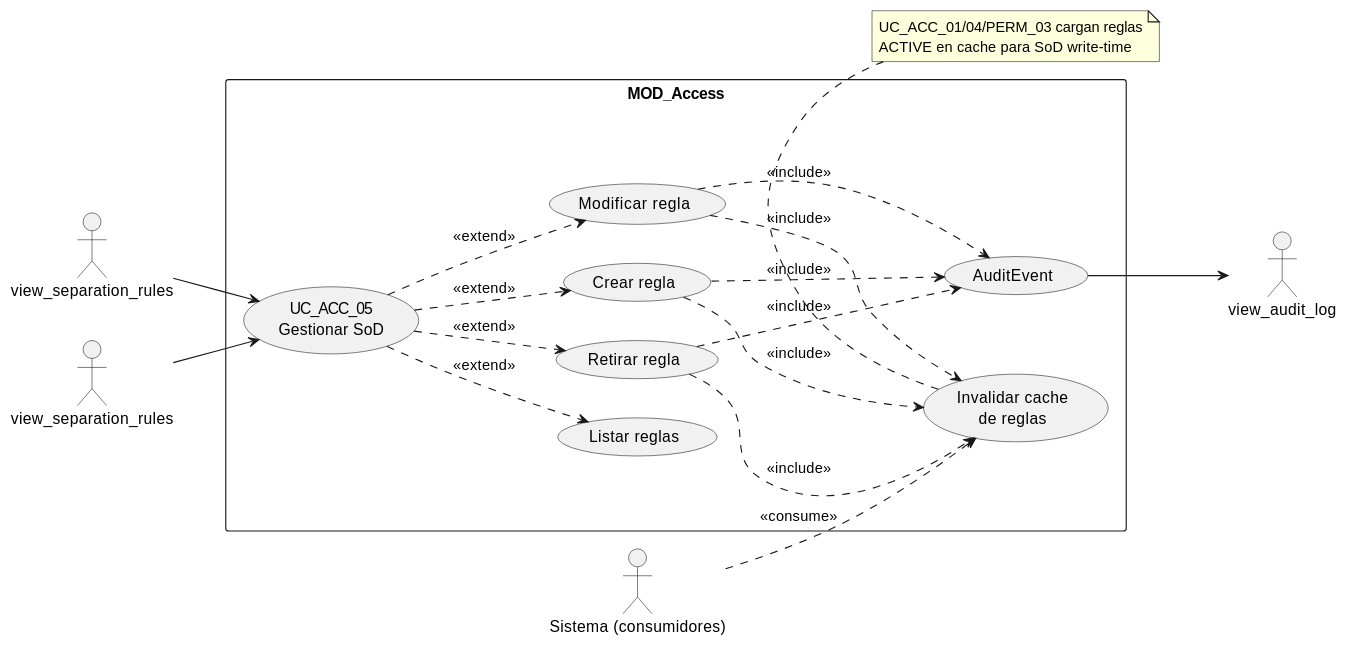
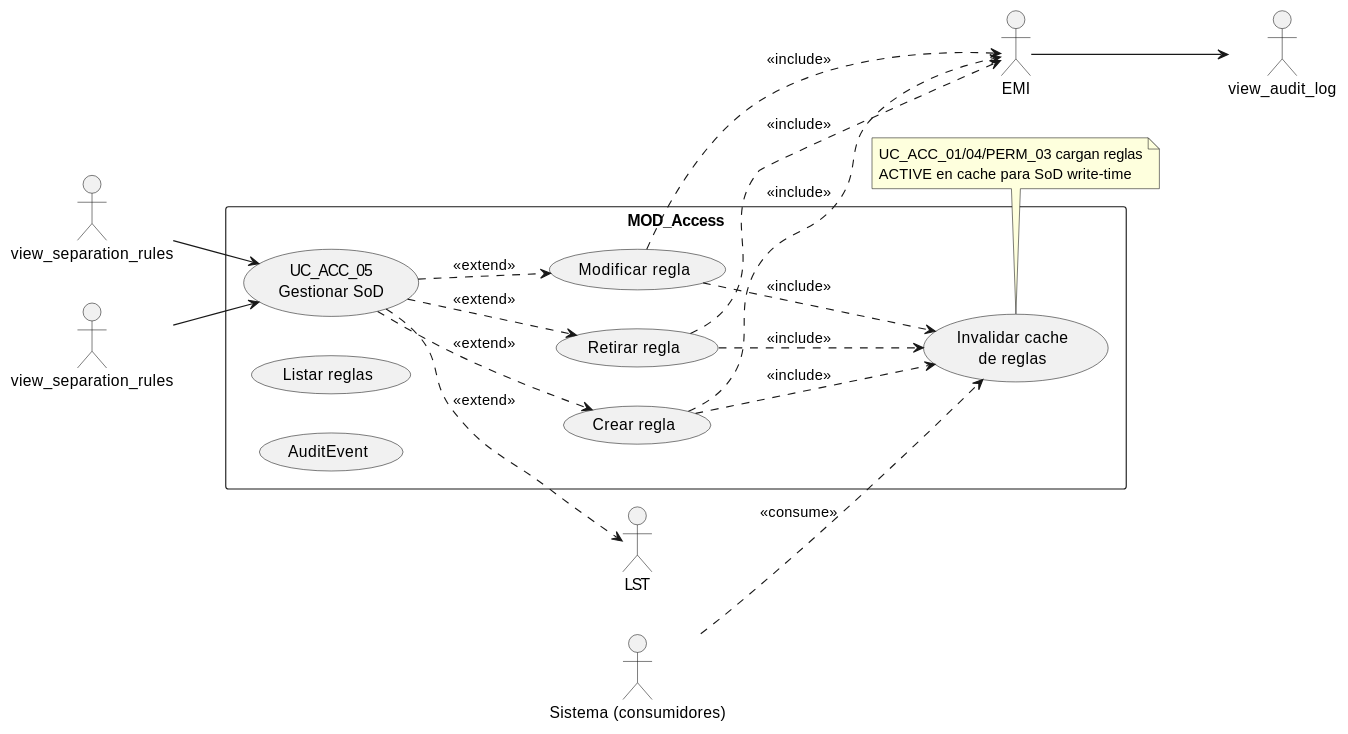
The diagram in source/requisitos/casos-uso/access/uc-acc-05/diagramas-uml/diagrama-de-caso-de-uso.rst (jcg-admin/IACT-docs), drawn with PlantUML before and after one commit. The commit also changed 47 other files, not shown here.

First line of the commit message:
Fix cryptic PlantUML aliases in UC and architecture files (STD_011)

```diff
--- a/source/requisitos/casos-uso/access/uc-acc-05/diagramas-uml/diagrama-de-caso-de-uso.rst
+++ b/source/requisitos/casos-uso/access/uc-acc-05/diagramas-uml/diagrama-de-caso-de-uso.rst
@@ -4,42 +4,42 @@
 .. uml::
  :caption: UC_ACC_05 — actores y casos asociados
 
  @startuml
  left to right direction
 
  actor "view_separation_rules" as VIEWER
  actor "view_separation_rules" as MANAGER
  actor "view_audit_log" as view_audit_log
  actor "Sistema (consumidores)" as SistemaConsumidores
 
  rectangle "MOD_Access" {
    usecase "UC_ACC_05\nGestionar SoD" as UC05
-   usecase "Listar reglas" as LST
+   usecase "Listar reglas" as VistaListado
    usecase "Crear regla" as UCCRE
    usecase "Modificar regla" as UCMOD
    usecase "Retirar regla" as UCRET
-   usecase "AuditEvent" as EMI
+   usecase "AuditEvent" as AuditEmitter
    usecase "Invalidar cache\nde reglas" as CACHE
  }
 
  VIEWER --> UC05
  MANAGER --> UC05
  UC05 ..> LST : <<extend>>
  UC05 ..> UCCRE : <<extend>>
  UC05 ..> UCMOD : <<extend>>
  UC05 ..> UCRET : <<extend>>
  UCCRE ..> EMI : <<include>>
  UCMOD ..> EMI : <<include>>
  UCRET ..> EMI : <<include>>
  UCCRE ..> CACHE : <<include>>
  UCMOD ..> CACHE : <<include>>
  UCRET ..> CACHE : <<include>>
  EMI --> view_audit_log
  SistemaConsumidores ..> CACHE : <<consume>>
 
  note bottom of CACHE
    UC_ACC_01/04/PERM_03 cargan reglas
    ACTIVE en cache para SoD write-time
  end note
 
  @enduml
```
